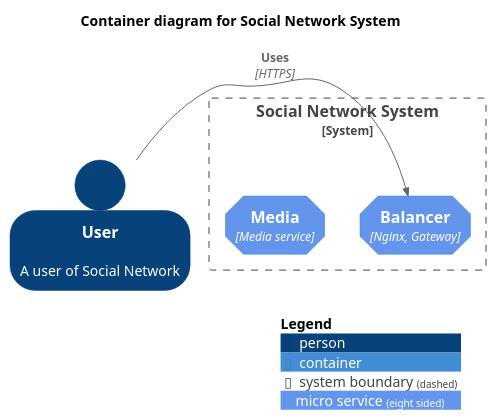
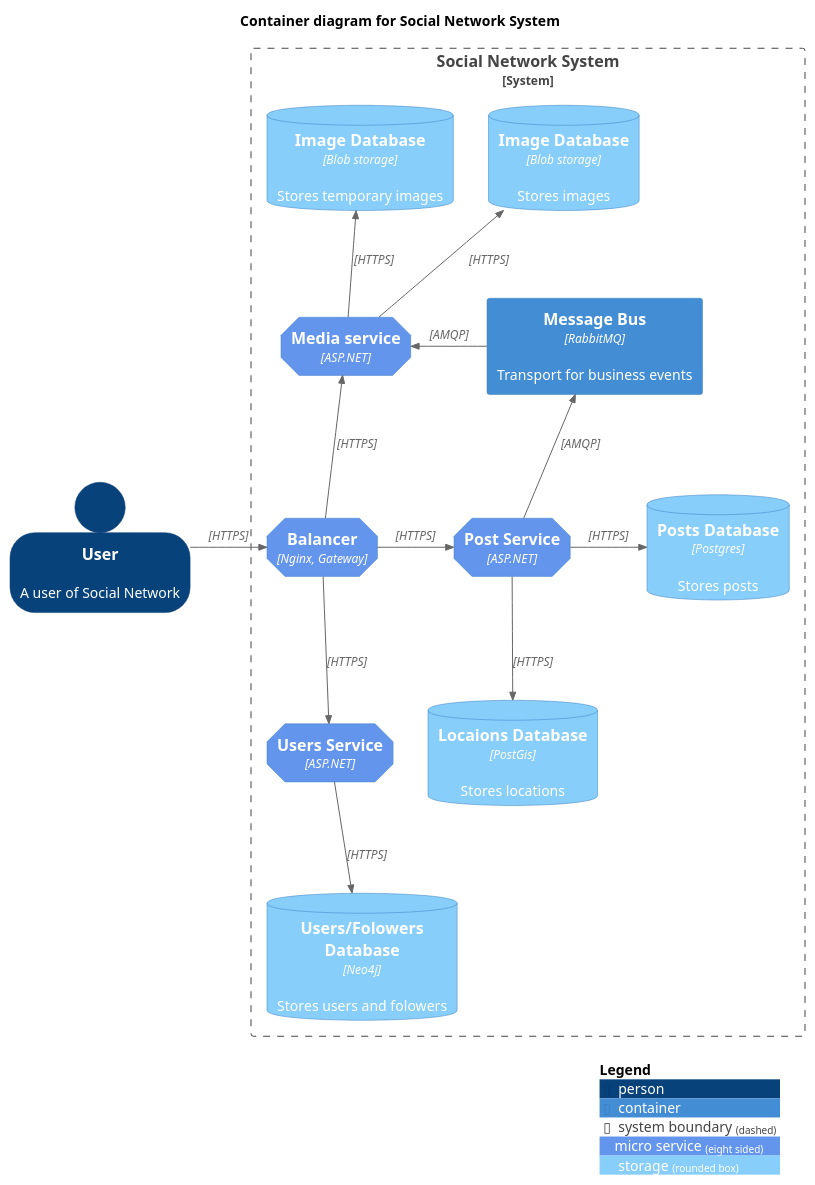
The diagram in database/C4Model/container.puml (AlexSkolnik/social_network_system_design), drawn with PlantUML before and after one commit.

```diff
--- a/database/C4Model/container.puml
+++ b/database/C4Model/container.puml
@@ -1,43 +1,64 @@
 @startuml "messagebus"
 !include https://raw.githubusercontent.com/plantuml-stdlib/C4-PlantUML/master/C4_Container.puml
 ' uncomment the following line and comment the first to use locally
 ' !include C4_Container.puml
 
 AddElementTag("microService", $shape=EightSidedShape(), $bgColor="CornflowerBlue", $fontColor="white", $legendText="micro service\neight sided")
 AddElementTag("storage", $shape=RoundedBoxShape(), $bgColor="lightSkyBlue", $fontColor="white")
 
 SHOW_PERSON_OUTLINE()
 
 title Container diagram for Social Network System
 
 Person(user, User, "A user of Social Network")
 
 System_Boundary(c1, "Social Network System") {
      Container(balancer, "Balancer", "Nginx, Gateway", "", $tags = "microService")
-     Container(media_service, "Media", "Media service", "", $tags = "microService")
+     Container(media_service, "Media service", "ASP.NET", "", $tags = "microService")
+     ContainerDb(temp_image_db, "Image Database", "Blob storage", "Stores temporary images", $tags = "storage")
+     ContainerDb(image_db, "Image Database", "Blob storage", "Stores images", $tags = "storage")
+    
+     ContainerDb(post_db, "Posts Database", "Postgres", "Stores posts", $tags = "storage")
+     ContainerDb(location_db, "Locaions Database", "PostGis", "Stores locations", $tags = "storage")
+     Container(post_service, "Post Service", "ASP.NET", "", $tags = "microService")
+     Container(message_bus, "Message Bus", "RabbitMQ", "Transport for business events")
+    
+     Container(user_service, "Users Service", "ASP.NET", "", $tags = "microService")
+     ContainerDb(user_db, "Users/Folowers Database", "Neo4j", "Stores users and folowers", $tags = "storage")
     ' Container(message_bus, "Message Bus", "RabbitMQ", "Transport for business events")
     ' Container(reporting_service, "Reporting Service", "Ruby", "Creates normalised data for reporting purposes", $tags = "microService")
-    ' Container(audit_service, "Audit Service", "C#/.NET", "Provides organisation-wide auditing facilities", $tags = "microService")
     ' ContainerDb(user_db, "User Database", "Oracle 12c", "Stores user information", $tags = "storage")
     ' ContainerDb(reporting_db, "Reporting Database", "MySQL", "Stores a normalized version of all business data for ad hoc reporting purposes", $tags = "storage")
     ' Container(audit_store, "Audit Store", "Event Store", "Stores information about events that have happened", $tags = "storage")
 }
 
-Rel_R(user, balancer, "Uses", "HTTPS")
+Rel_R(user, balancer, "", "HTTPS")
+Rel_U(balancer, media_service, "", "HTTPS")
+Rel_U(media_service, temp_image_db, "", "HTTPS")
+Rel_U(media_service, image_db, "", "HTTPS")
+
+Rel_R(balancer, post_service, "", "HTTPS")
+Rel_R(post_service, post_db, "", "HTTPS")
+Rel(post_service, location_db, "", "HTTPS")
+Rel_U(post_service, message_bus, "", "AMQP")
+Rel_L(message_bus, media_service, "", "AMQP")
+
+Rel_D(balancer, user_service, "", "HTTPS")
+Rel_D(user_service, user_db, "", "HTTPS")
 
 ' Rel_D(app, user_service, "Updates user information using", "async, JSON/HTTPS")
 
 ' Rel_U(user_service, app, "Sends events to", "WebSocket")
 ' Rel_U(user_service, message_bus, "Sends user update events to")
 ' Rel(user_service, user_db, "Stores data in", "JDBC")
 
 ' Rel(message_bus, reporting_service, "Sends user update events to")
 ' Rel(message_bus, audit_service, "Sends user update events to")
 
 ' Rel(reporting_service, reporting_db, "Stores data in")
 ' Rel(audit_service, audit_store, "Stores events in")
 
 ' Lay_R(reporting_service, audit_service)
 
 SHOW_LEGEND()
 @enduml
```
